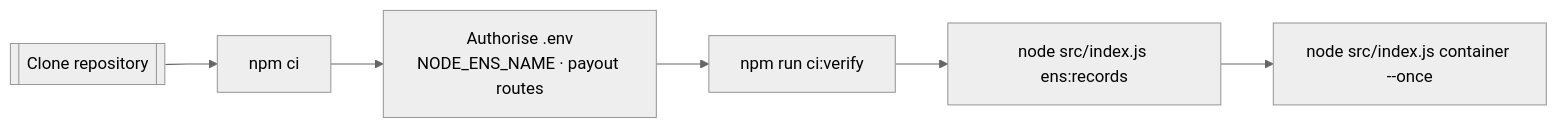
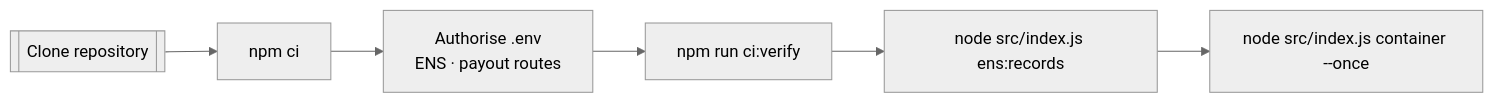
The first of 5 diagrams in README.md (MontrealAI/AGI-Alpha-Node-v0), drawn with Mermaid (neutral theme) before and after one commit. The commit also changed other lines of this file, not shown here.

Commit message:
docs: refresh readme for alpha node observability

````diff
--- a/README.md
+++ b/README.md
@@ -68,8 +80,8 @@
 ```mermaid
 flowchart LR
-  Checkout[[Clone repository]] --> Install[npm ci]
-  Install --> Config[Authorise .env<br/>NODE_ENS_NAME · payout routes]
-  Config --> Verify[npm run ci:verify]
-  Verify --> ENS[node src/index.js ens:records]
-  ENS --> Launch[node src/index.js container --once]
+  checkout[[Clone repository]] --> install[npm ci]
+  install --> config[Authorise .env<br/>ENS · payout routes]
+  config --> verify[npm run ci:verify]
+  verify --> ens[node src/index.js ens:records]
+  ens --> launch[node src/index.js container --once]
 ```
````
